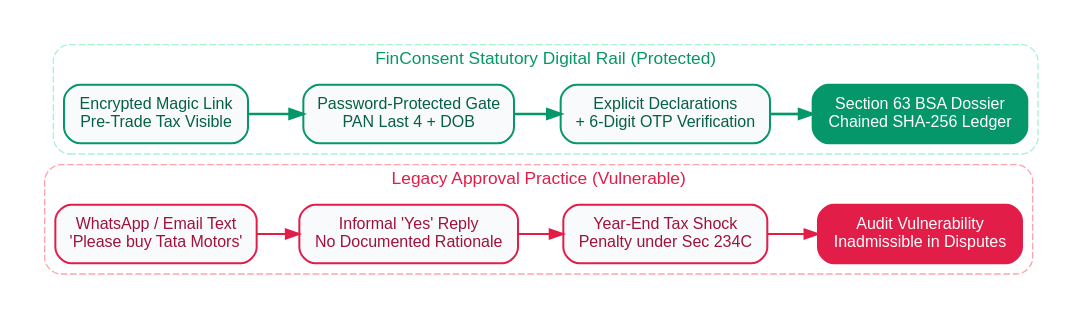
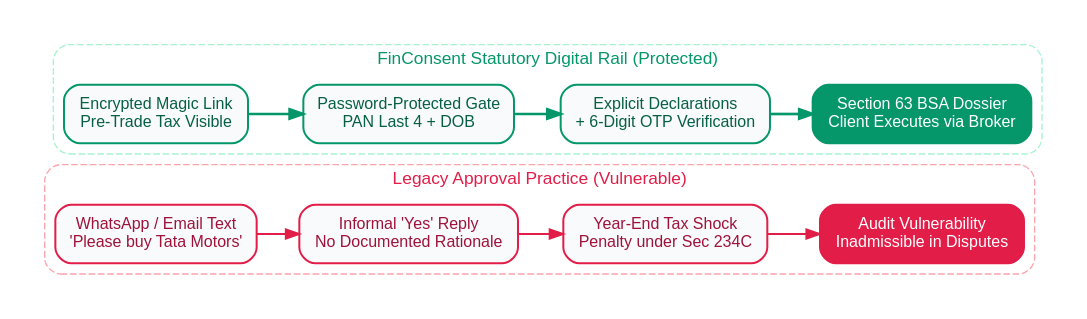
One commit to AtharvaSDeshpande/FinConsent changed the diagram in docs/diagrams/before-after-flow.dot. Above: the diagram before and after it, drawn with Graphviz. The commit also changed 177 other files, not shown here.

Commit message:
ship: delete outdated visual audit diagrams, regenerate 18 high-res diagrams, and synchronize documentation

```diff
--- a/docs/diagrams/before-after-flow.dot
+++ b/docs/diagrams/before-after-flow.dot
@@ -1,65 +1,65 @@
 digraph BeforeAfterFlow {
+    
+    bgcolor="#FFFFFF";
+    fontname="Helvetica,Arial,sans-serif";
+    fontsize=14;
+    pad="0.25,0.25";
+    nodesep=0.4;
+    ranksep=0.45;
+    splines=ortho;
 
-    graph [
-        bgcolor="#FFFFFF",
-        fontname="Helvetica,Arial,sans-serif",
-        fontsize=14,
-        pad="0.25,0.25",
-        nodesep=0.4,
-        ranksep=0.45,
-        splines=ortho
-    ];
     node [
         fontname="Helvetica,Arial,sans-serif",
         fontsize=12,
         shape=box,
         style="rounded,filled",
         fillcolor="#F8FAFC",
         color="#CBD5E1",
         penwidth=1.5,
         margin="0.15,0.12"
     ];
+
     edge [
         fontname="Helvetica,Arial,sans-serif",
         fontsize=12,
         color="#64748B",
         fontcolor="#334155",
         penwidth=1.5
     ];
 
     rankdir=LR;
 
     subgraph cluster_before {
         label="Legacy Approval Practice (Vulnerable)";
         fontname="Helvetica,Arial,sans-serif";
         fontsize=13;
         fontcolor="#E11D48";
         color="#FDA4AF";
         style="rounded,dashed";
         fillcolor="#FFF1F2";
 
         b1 [label="WhatsApp / Email Text\n'Please buy Tata Motors'", color="#E11D48", fontcolor="#9F1239"];
         b2 [label="Informal 'Yes' Reply\nNo Documented Rationale", color="#E11D48", fontcolor="#9F1239"];
         b3 [label="Year-End Tax Shock\nPenalty under Sec 234C", color="#E11D48", fontcolor="#9F1239"];
         b4 [label="Audit Vulnerability\nInadmissible in Disputes", color="#E11D48", fillcolor="#E11D48", fontcolor="#FFFFFF"];
 
         b1 -> b2 -> b3 -> b4 [color="#E11D48"];
     }
 
     subgraph cluster_after {
         label="FinConsent Statutory Digital Rail (Protected)";
         fontname="Helvetica,Arial,sans-serif";
         fontsize=13;
         fontcolor="#059669";
         color="#A7F3D0";
         style="rounded,dashed";
         fillcolor="#ECFDF5";
 
         a1 [label="Encrypted Magic Link\nPre-Trade Tax Visible", color="#059669", fontcolor="#065F46"];
         a2 [label="Password-Protected Gate\nPAN Last 4 + DOB", color="#059669", fontcolor="#065F46"];
         a3 [label="Explicit Declarations\n+ 6-Digit OTP Verification", color="#059669", fontcolor="#065F46"];
-        a4 [label="Section 63 BSA Dossier\nChained SHA-256 Ledger", color="#059669", fillcolor="#059669", fontcolor="#FFFFFF"];
+        a4 [label="Section 63 BSA Dossier\nClient Executes via Broker", color="#059669", fillcolor="#059669", fontcolor="#FFFFFF"];
 
         a1 -> a2 -> a3 -> a4 [color="#059669", penwidth=2.0];
     }
 }
```
